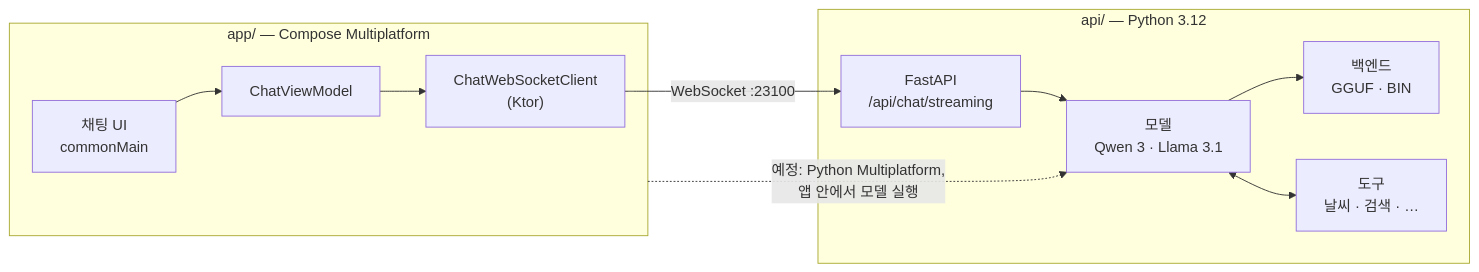
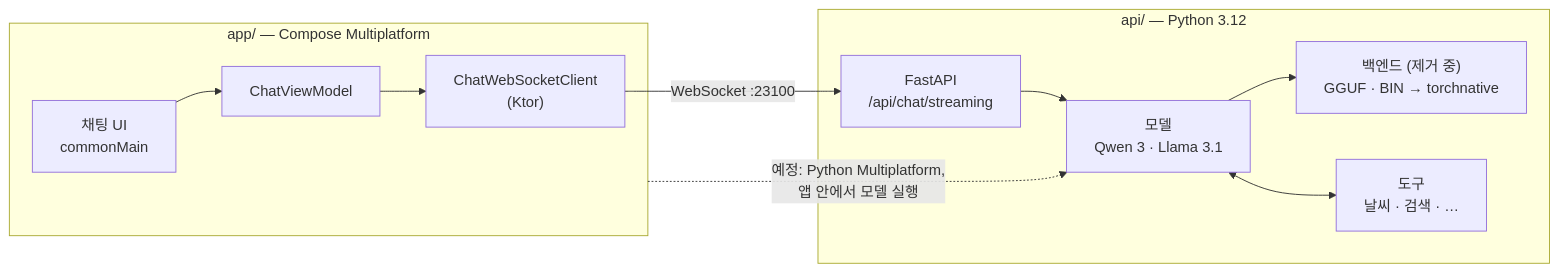
One commit to LogitAI/Gemstone changed the diagram in docs/locale/README_ko.md. Above: the diagram before and after it, drawn with Mermaid. The commit also changed other lines of this file and 11 other files, not shown here.

````diff
--- a/docs/locale/README_ko.md
+++ b/docs/locale/README_ko.md
@@ -108,13 +108,13 @@
 ```mermaid
 flowchart LR
     subgraph Client["app/ — Compose Multiplatform"]
         UI["채팅 UI<br/>commonMain"] --> VM["ChatViewModel"] --> WS["ChatWebSocketClient<br/>(Ktor)"]
     end
     subgraph Server["api/ — Python 3.12"]
         EP["FastAPI<br/>/api/chat/streaming"] --> M["모델<br/>Qwen 3 · Llama 3.1"]
-        M --> B["백엔드<br/>GGUF · BIN"]
+        M --> B["백엔드 (제거 중)<br/>GGUF · BIN → torchnative"]
         M <--> T["도구<br/>날씨 · 검색 · …"]
     end
     WS -- "WebSocket :23100" --> EP
     Client -. "예정: Python Multiplatform,<br/>앱 안에서 모델 실행" .-> M
 ```
````
